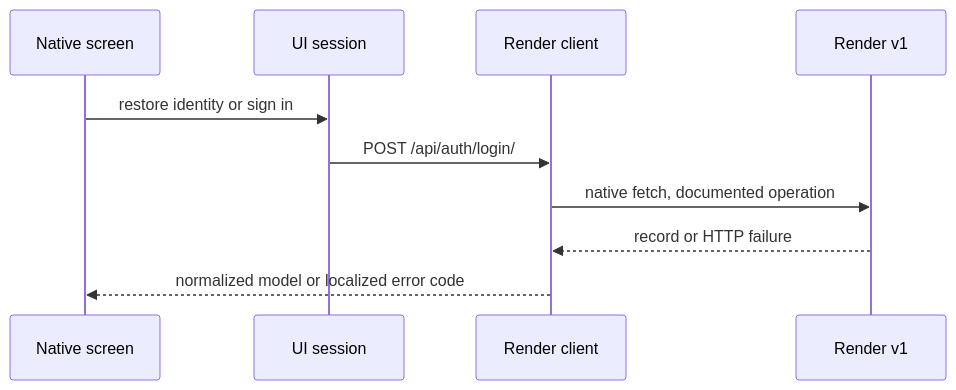
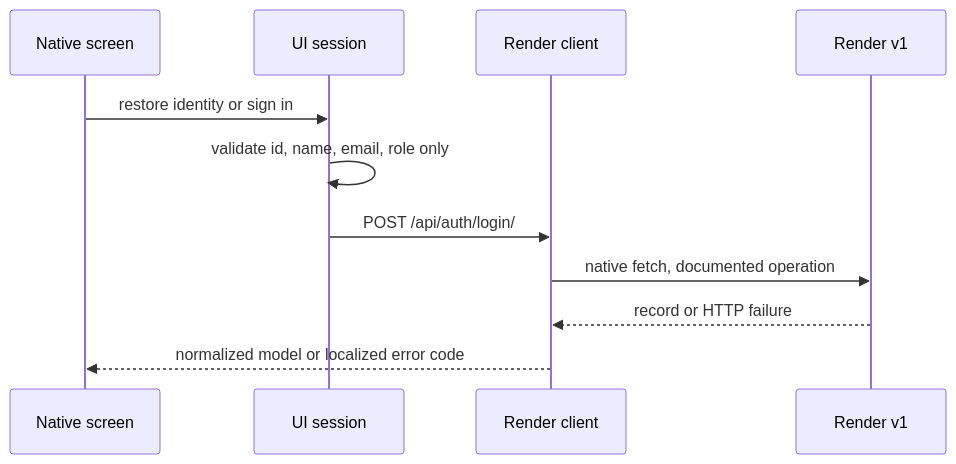
The second of 2 diagrams in docs/ARCHITECTURE_FLOWS.md (khrizenriquez/reservas-app), drawn with Mermaid before and after one commit. The commit also changed other lines of this file and 15 other files, not shown here.

````diff
--- a/docs/ARCHITECTURE_FLOWS.md
+++ b/docs/ARCHITECTURE_FLOWS.md
@@ -11,12 +11,13 @@
 ```mermaid
 sequenceDiagram
   participant UI as Native screen
   participant Session as UI session
   participant API as Render client
   participant Render as Render v1
   UI->>Session: restore identity or sign in
+  Session->>Session: validate id, name, email, role only
   Session->>API: POST /api/auth/login/
   API->>Render: native fetch, documented operation
   Render-->>API: record or HTTP failure
   API-->>UI: normalized model or localized error code
 ```
````
